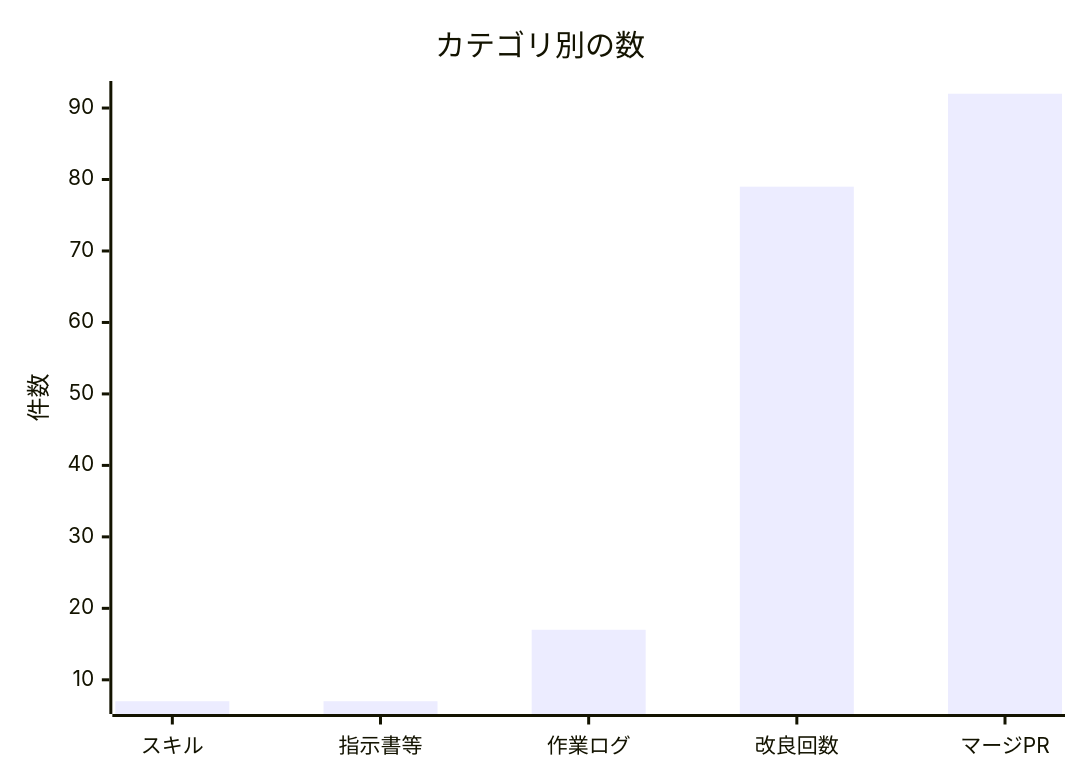
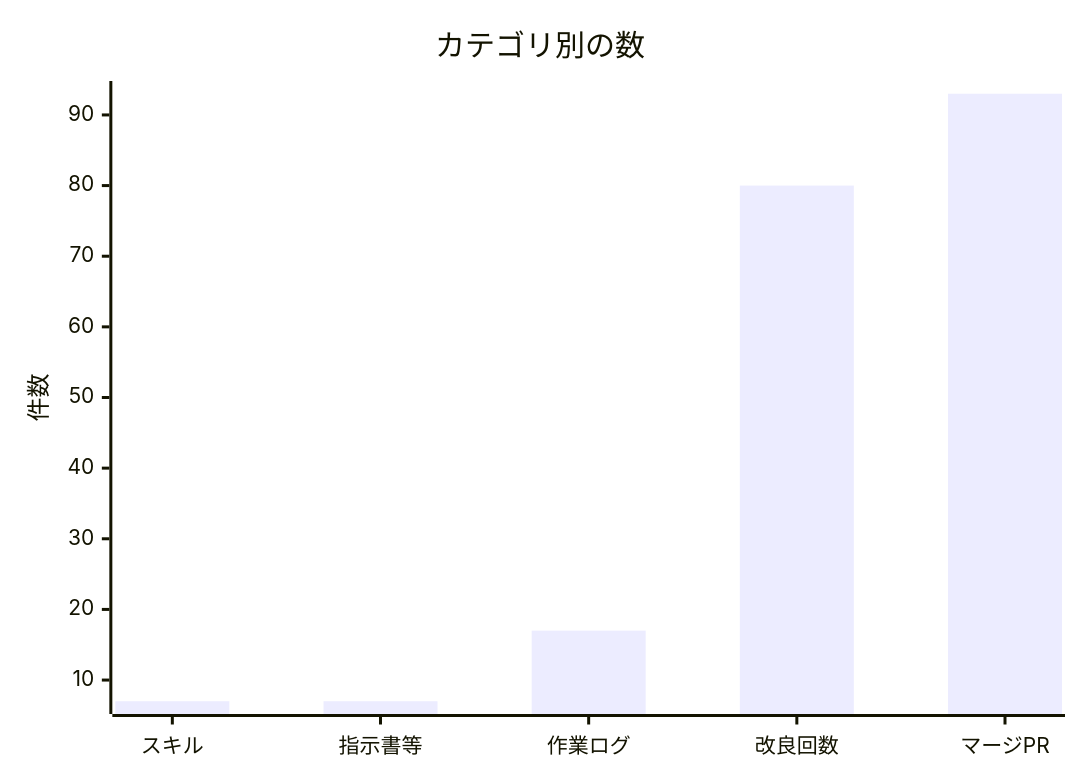
Before and after one commit to non-x2/non-x2: the second of 2 diagrams in docs/進化レポート.md, drawn with Mermaid. The commit also changed other lines of this file and 2 other files, not shown here.

````diff
--- a/docs/進化レポート.md
+++ b/docs/進化レポート.md
@@ -33,7 +33,7 @@
 ```mermaid
 xychart-beta
     title "カテゴリ別の数"
     x-axis ["スキル", "指示書等", "作業ログ", "改良回数", "マージPR"]
     y-axis "件数"
-    bar [7, 7, 17, 79, 92]
+    bar [7, 7, 17, 80, 93]
 ```
````
